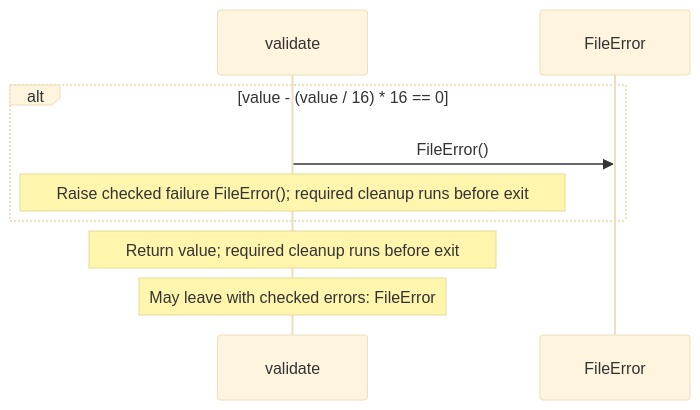
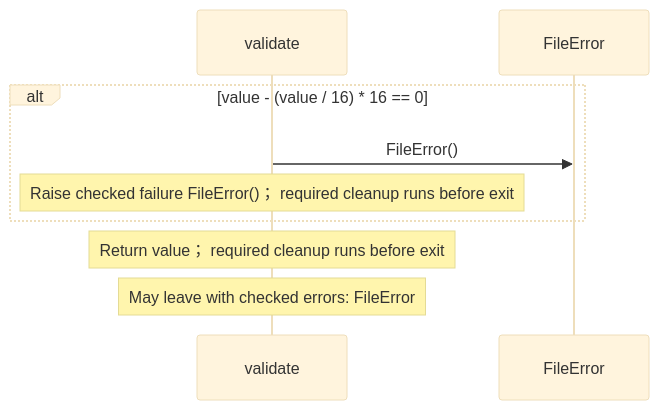
One commit to GreenPandaStudios/augscript changed the diagram in benchmarks/errors/operations.aug.diagrams.md. Above: the diagram before and after it, drawn with Mermaid (base theme). The commit also changed other lines of this file and 524 other files, not shown here.

Commit message:
Explain checked data flow at folder and service levels

````diff
--- a/benchmarks/errors/operations.aug.diagrams.md
+++ b/benchmarks/errors/operations.aug.diagrams.md
@@ -29,11 +18,11 @@
 ```mermaid
 sequenceDiagram
     participant p0 as validate
     participant p1 as FileError
     alt value - (value / 16) * 16 == 0
     p0->>p1: FileError()
-    Note over p0: Raise checked failure FileError()#59; required cleanup runs before exit
+    Note over p0: Raise checked failure FileError()； required cleanup runs before exit
     end
-    Note over p0: Return value#59; required cleanup runs before exit
+    Note over p0: Return value； required cleanup runs before exit
     Note over p0: May leave with checked errors: FileError
 ```
````
